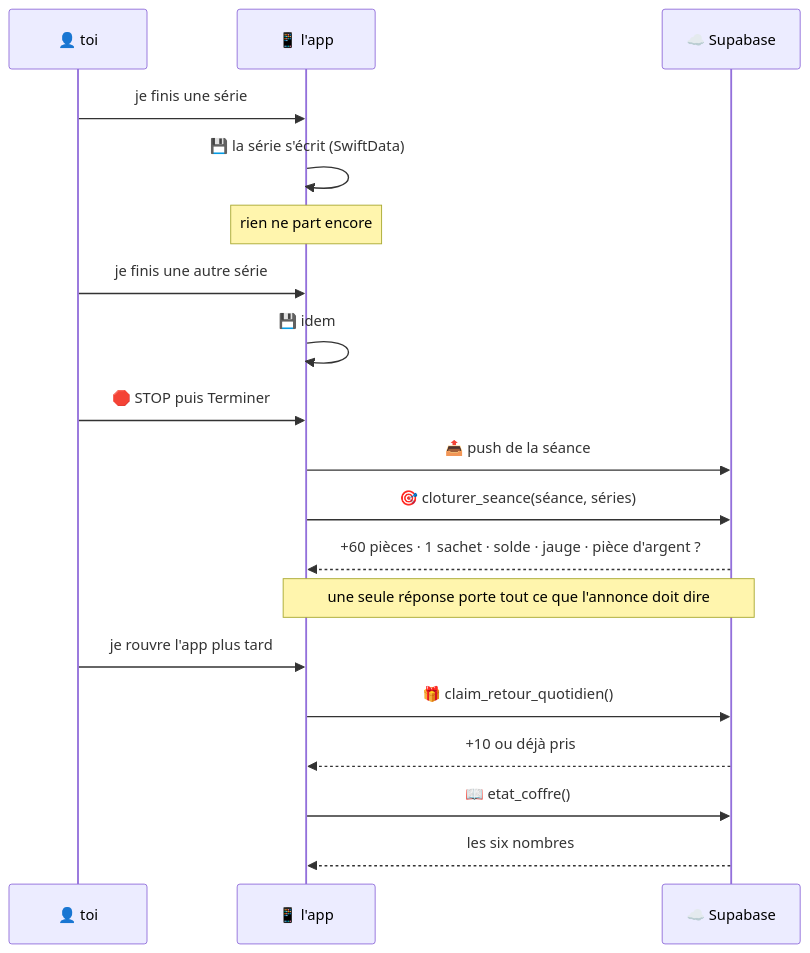
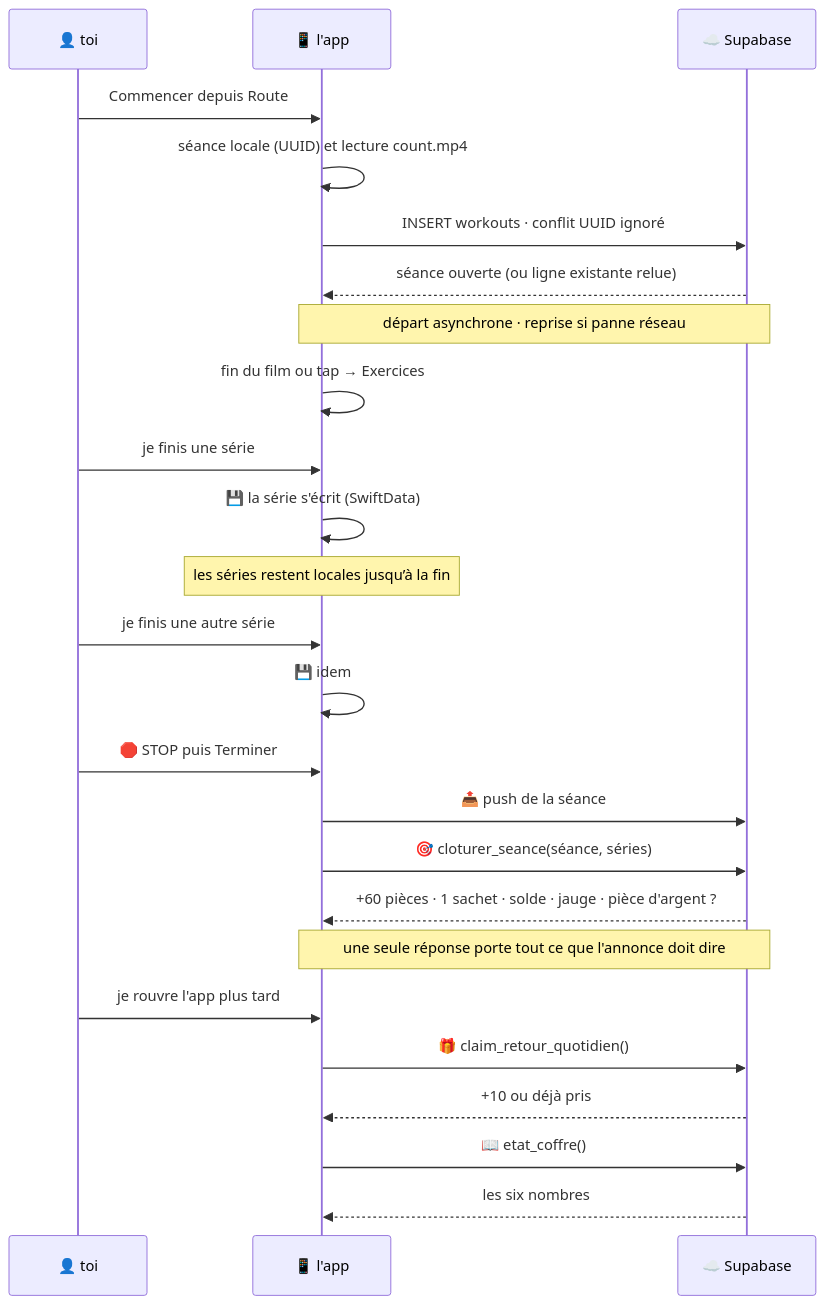
The diagram in docs/site/content/schemas/flow-3-le-meme-parcours-vu.mmd (kitkath1/nosfy-ios), drawn with Mermaid before and after one commit. The commit also changed 10 other files, not shown here.

First line of the commit message:
la doc du jour, déployée au livrable : coffre au vert, annonces/story, schémas du flow

```diff
--- a/docs/site/content/schemas/flow-3-le-meme-parcours-vu.mmd
+++ b/docs/site/content/schemas/flow-3-le-meme-parcours-vu.mmd
@@ -1,22 +1,29 @@
 sequenceDiagram
   participant U as 👤 toi
   participant A as 📱 l'app
   participant S as ☁️ Supabase
 
+  U->>A: Commencer depuis Route
+  A->>A: séance locale (UUID) et lecture count.mp4
+  A->>S: INSERT workouts · conflit UUID ignoré
+  S-->>A: séance ouverte (ou ligne existante relue)
+  Note over A,S: départ asynchrone · reprise si panne réseau
+  A->>A: fin du film ou tap → Exercices
+
   U->>A: je finis une série
   A->>A: 💾 la série s'écrit (SwiftData)
-  Note over A: rien ne part encore
+  Note over A: les séries restent locales jusqu’à la fin
   U->>A: je finis une autre série
   A->>A: 💾 idem
 
   U->>A: 🛑 STOP puis Terminer
   A->>S: 📤 push de la séance
   A->>S: 🎯 cloturer_seance(séance, séries)
   S-->>A: +60 pièces · 1 sachet · solde · jauge · pièce d'argent ?
   Note over A,S: une seule réponse porte tout ce que l'annonce doit dire
 
   U->>A: je rouvre l'app plus tard
   A->>S: 🎁 claim_retour_quotidien()
   S-->>A: +10 ou déjà pris
   A->>S: 📖 etat_coffre()
   S-->>A: les six nombres
```
